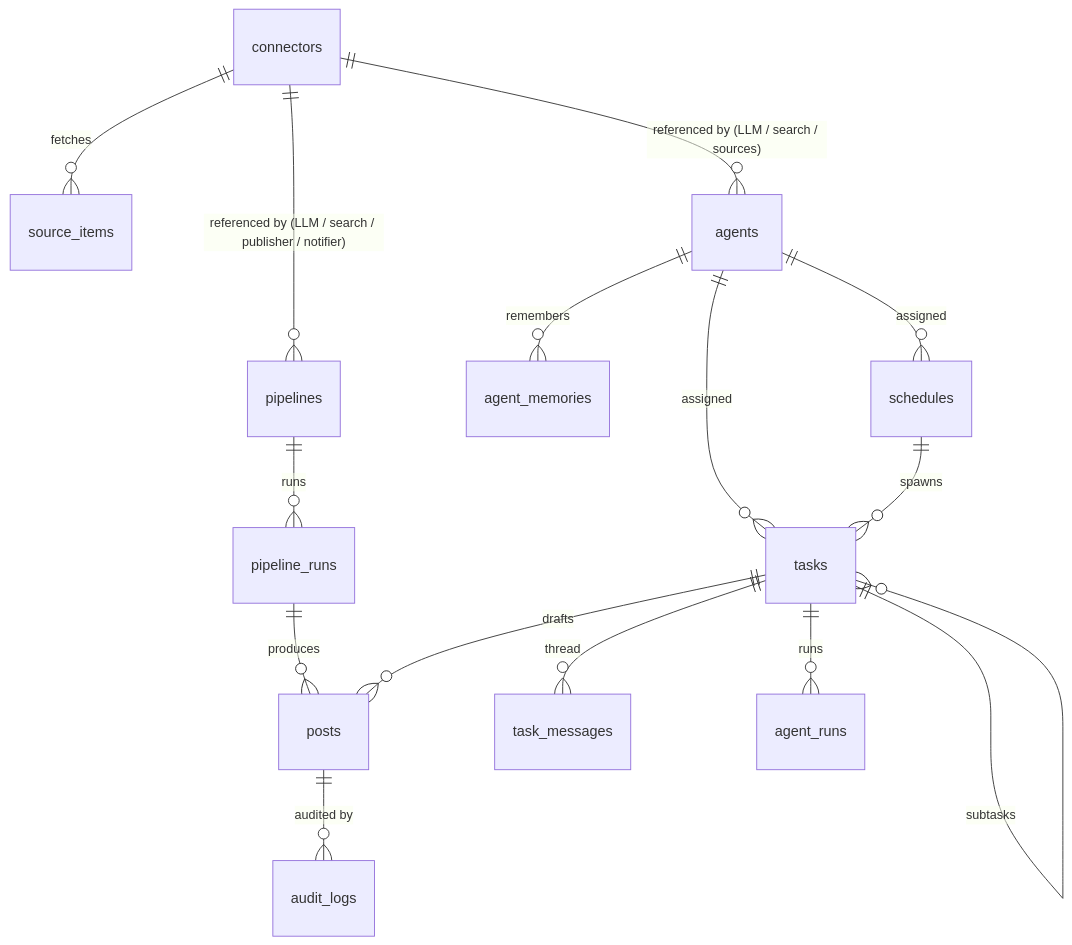
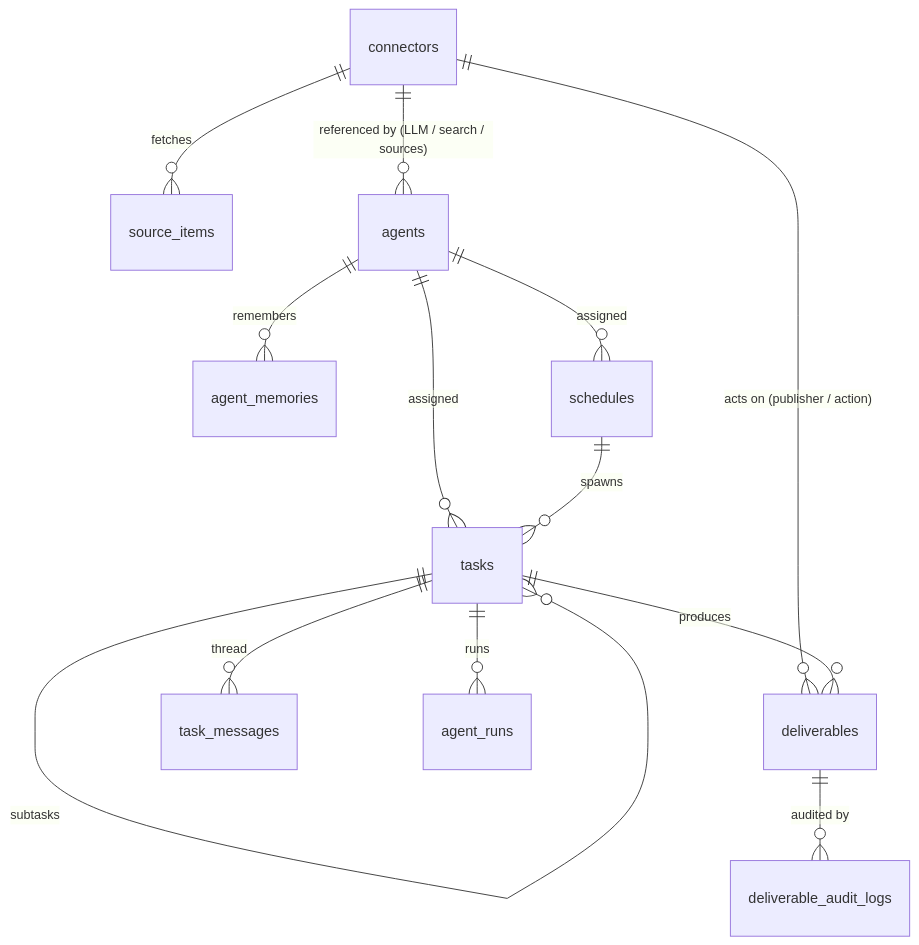
One commit to j75689/cueflow changed the third of 6 diagrams in docs/architecture.md. Above: the diagram before and after it, drawn with Mermaid. The commit also changed other lines of this file and 14 other files, not shown here.

First line of the commit message:
refactor(store): drop the pipeline_runs leftovers and finish the deliverables vocabulary in the docs (#23)

````diff
--- a/docs/architecture.md
+++ b/docs/architecture.md
@@ -201,17 +197,15 @@
 ```mermaid
 erDiagram
     connectors ||--o{ source_items : "fetches"
-    connectors ||--o{ pipelines : "referenced by (LLM / search / publisher / notifier)"
     connectors ||--o{ agents : "referenced by (LLM / search / sources)"
-    pipelines ||--o{ pipeline_runs : "runs"
-    pipeline_runs ||--o{ posts : "produces"
-    posts ||--o{ audit_logs : "audited by"
+    connectors ||--o{ deliverables : "acts on (publisher / action)"
+    deliverables ||--o{ deliverable_audit_logs : "audited by"
     agents ||--o{ agent_memories : "remembers"
     agents ||--o{ tasks : "assigned"
     tasks ||--o{ tasks : "subtasks"
     tasks ||--o{ task_messages : "thread"
     tasks ||--o{ agent_runs : "runs"
-    tasks ||--o{ posts : "drafts"
+    tasks ||--o{ deliverables : "produces"
     schedules ||--o{ tasks : "spawns"
     agents ||--o{ schedules : "assigned"
 ```
````
